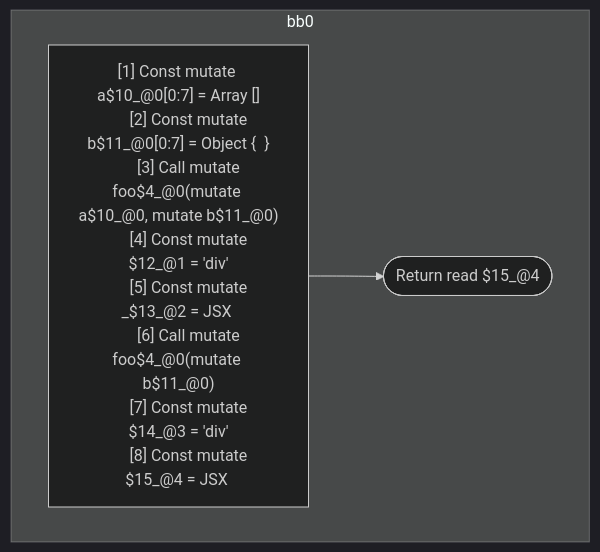
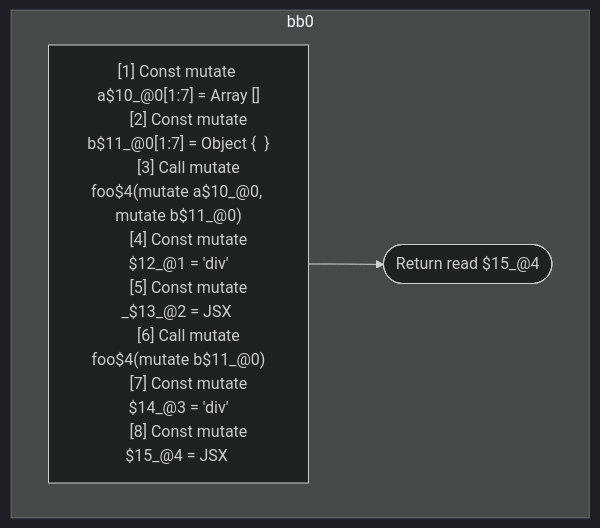
The second of 2 diagrams in compiler/forget/src/__tests__/fixtures/hir/call.expect.md (wutsmog/private), drawn with Mermaid (dark theme) before and after one commit. The commit also changed other lines of this file and 100 other files, not shown here.

````diff
--- a/compiler/forget/src/__tests__/fixtures/hir/call.expect.md
+++ b/compiler/forget/src/__tests__/fixtures/hir/call.expect.md
@@ -68,20 +103,20 @@
 ```mermaid
 flowchart TB
   %% Basic Blocks
   subgraph bb0
     bb0_instrs["
-      [1] Const mutate a$10_@0[0:7] = Array []
-      [2] Const mutate b$11_@0[0:7] = Object {  }
-      [3] Call mutate foo$4_@0(mutate a$10_@0, mutate b$11_@0)
+      [1] Const mutate a$10_@0[1:7] = Array []
+      [2] Const mutate b$11_@0[1:7] = Object {  }
+      [3] Call mutate foo$4(mutate a$10_@0, mutate b$11_@0)
       [4] Const mutate $12_@1 = 'div'
       [5] Const mutate _$13_@2 = JSX <read $12_@1 a={freeze a$10_@0} ></read $12_@1>
-      [6] Call mutate foo$4_@0(mutate b$11_@0)
+      [6] Call mutate foo$4(mutate b$11_@0)
       [7] Const mutate $14_@3 = 'div'
       [8] Const mutate $15_@4 = JSX <read $14_@3 a={read a$10_@0} b={freeze b$11_@0} ></read $14_@3>
     "]
     bb0_instrs --> bb0_terminal(["Return read $15_@4"])
   end
 
   %% Jumps
   %% empty
 ```
````
